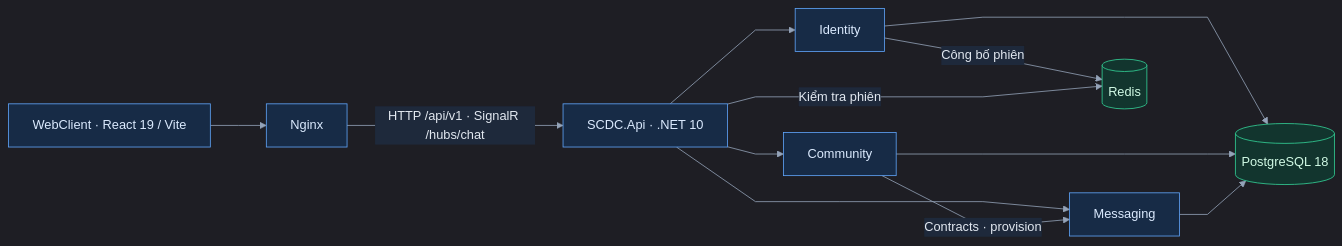
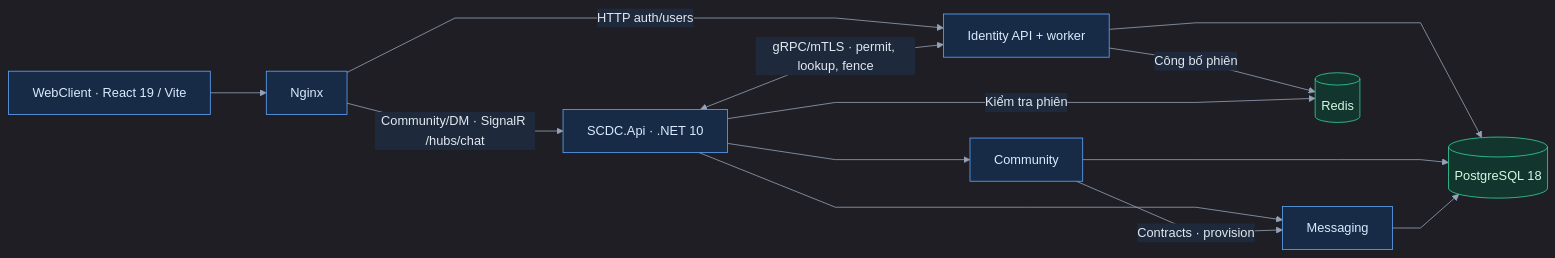
The first of 3 diagrams in docs/system/architecture.md (Chyeonma/scdc), drawn with Mermaid before and after one commit. The commit also changed other lines of this file and 127 other files, not shown here.

Commit message:
refactor(identity): extract API and workers with authenticated gRPC (#45)

````diff
--- a/docs/system/architecture.md
+++ b/docs/system/architecture.md
@@ -21,19 +21,20 @@
 ```mermaid
 %%{init: {"flowchart": {"curve": "linear", "nodeSpacing": 45, "rankSpacing": 70}, "theme": "dark", "themeVariables": {"background": "#0f172a", "primaryColor": "#1e293b", "primaryTextColor": "#e2e8f0", "primaryBorderColor": "#64748b", "lineColor": "#94a3b8", "textColor": "#e2e8f0", "edgeLabelBackground": "#1e293b", "clusterBkg": "#141e2e", "clusterBorder": "#475569"}, "themeCSS": "& { background-color: #0f172a; }"}}%%
 flowchart LR
     Web[WebClient · React 19 / Vite] --> Gateway[Nginx]
-    Gateway -->|HTTP /api/v1 · SignalR /hubs/chat| Api[SCDC.Api · .NET 10]
-    Api --> Identity[Identity]
+    Gateway -->|HTTP auth/users| Identity[Identity API + worker]
+    Gateway -->|Community/DM · SignalR /hubs/chat| Api[SCDC.Api · .NET 10]
+    Api <-->|gRPC/mTLS · permit, lookup, fence| Identity
     Api --> Community[Community]
     Api --> Messaging[Messaging]
     Identity --> Pg[(PostgreSQL 18)]
     Community --> Pg
     Messaging --> Pg
     Community -->|Contracts · provision| Messaging
     Identity -->|Công bố phiên| Redis[(Redis)]
     Api -->|Kiểm tra phiên| Redis
     classDef app fill:#172b46,stroke:#60a5fa,color:#dbeafe
     classDef data fill:#12352e,stroke:#34d399,color:#d1fae5
     class Web,Gateway,Api,Identity,Community,Messaging app
     class Pg,Redis data
 ```
````
